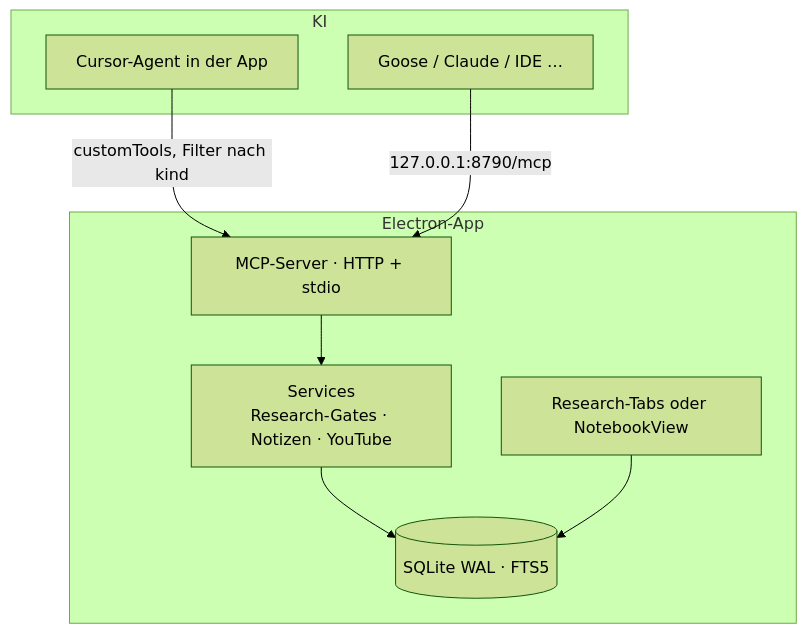
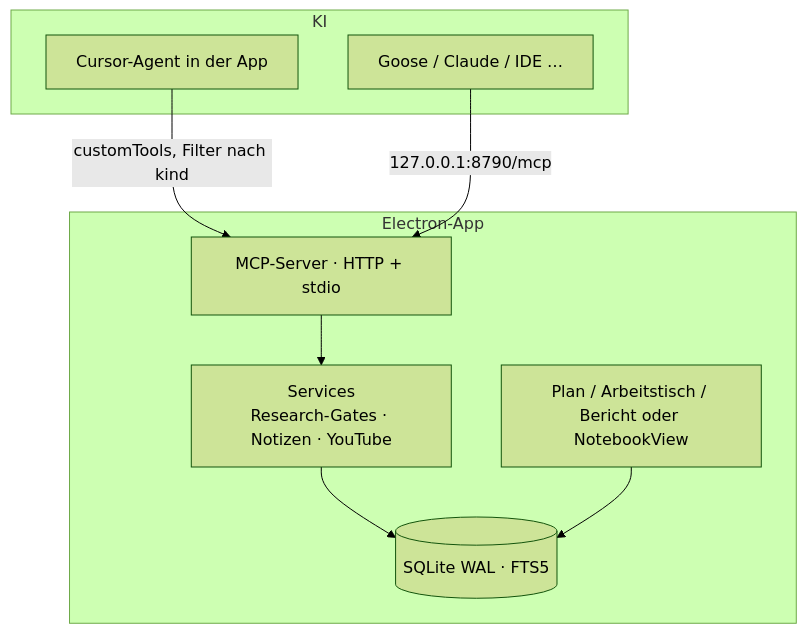
Before and after one commit to renejes/apropos: the second of 2 diagrams in README.md, drawn with Mermaid (forest theme). The commit also changed other lines of this file and 52 other files, not shown here.

````diff
--- a/README.md
+++ b/README.md
@@ -116,19 +117,19 @@
 ```mermaid
 flowchart TB
     subgraph clients [KI]
         Cursor[Cursor-Agent in der App]
         Others[Goose / Claude / IDE …]
     end
 
     subgraph app [Electron-App]
         MCP[MCP-Server · HTTP + stdio]
         Enforce[Services<br/>Research-Gates · Notizen · YouTube]
         DB[(SQLite WAL · FTS5)]
-        UI[Research-Tabs oder NotebookView]
+        UI[Plan / Arbeitstisch / Bericht oder NotebookView]
     end
 
     Cursor -->|customTools, Filter nach kind| MCP
     Others -->|127.0.0.1:8790/mcp| MCP
     MCP --> Enforce --> DB
     UI --> DB
 ```
````
